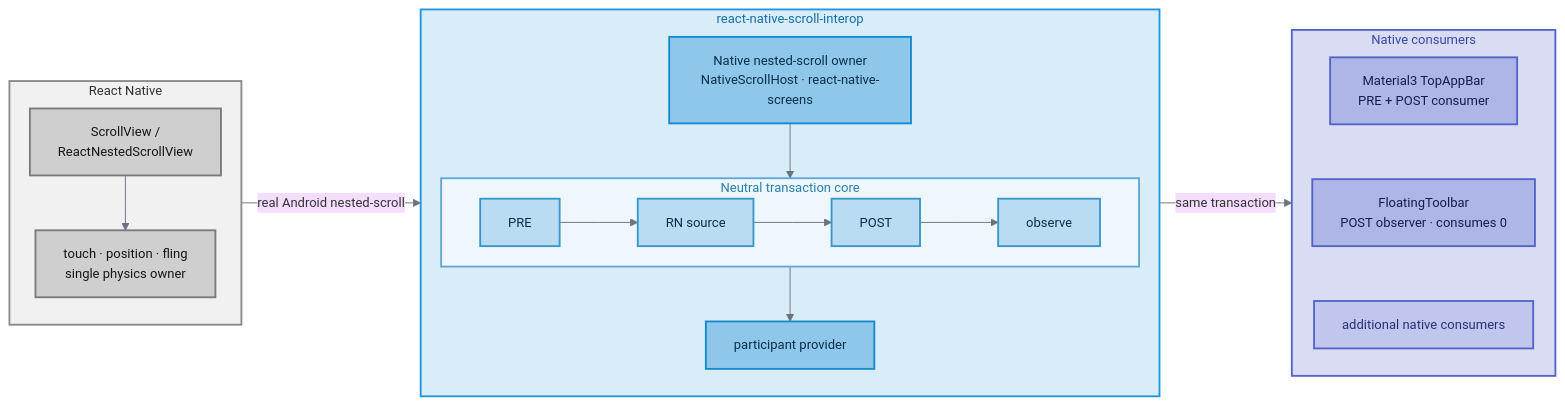
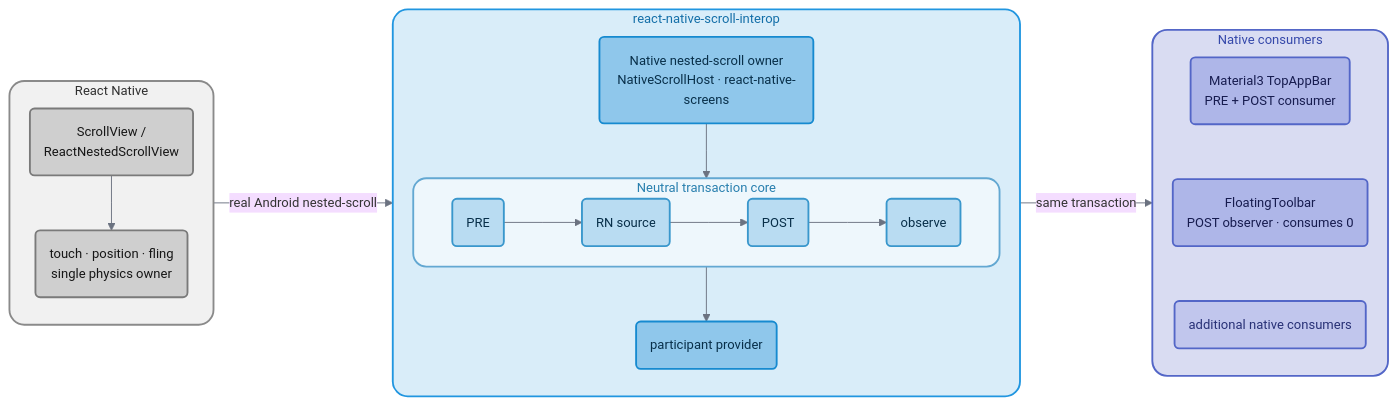
Before and after one commit to AmatoGiulio/react-native-scroll-interop: the diagram in README.md, drawn with Mermaid.

Commit message:
docs: round architecture diagram cards

````diff
--- a/README.md
+++ b/README.md
@@ -38,55 +38,55 @@
 ```mermaid
 %%{init: {"theme":"base","flowchart":{"curve":"linear","nodeSpacing":24,"rankSpacing":34},"themeVariables":{"fontSize":"14px","lineColor":"#6b7280"}}}%%
 flowchart LR
   subgraph RN["React Native"]
     direction TB
-    SOURCE["ScrollView /<br/>ReactNestedScrollView"]
-    PHYSICS["touch · position · fling<br/>single physics owner"]
+    SOURCE("ScrollView /<br/>ReactNestedScrollView")
+    PHYSICS("touch · position · fling<br/>single physics owner")
     SOURCE --> PHYSICS
   end
 
   subgraph INTEROP["react-native-scroll-interop"]
     direction TB
-    OWNER["Native nested-scroll owner<br/>NativeScrollHost · react-native-screens"]
+    OWNER("Native nested-scroll owner<br/>NativeScrollHost · react-native-screens")
 
     subgraph CORE["Neutral transaction core"]
       direction LR
-      PRE["PRE"] --> CHILD["RN source"] --> POST["POST"] --> OBS["observe"]
+      PRE("PRE") --> CHILD("RN source") --> POST("POST") --> OBS("observe")
     end
 
-    PROVIDER["participant provider"]
+    PROVIDER("participant provider")
     OWNER --> PRE
     OBS --> PROVIDER
   end
 
   subgraph CONSUMERS["Native consumers"]
     direction TB
-    TOP["Material3 TopAppBar<br/>PRE + POST consumer"]
-    TOOLBAR["FloatingToolbar<br/>POST observer · consumes 0"]
-    FUTURE["additional native consumers"]
+    TOP("Material3 TopAppBar<br/>PRE + POST consumer")
+    TOOLBAR("FloatingToolbar<br/>POST observer · consumes 0")
+    FUTURE("additional native consumers")
     TOP ~~~ TOOLBAR
     TOOLBAR ~~~ FUTURE
   end
 
   PHYSICS -->|"real Android nested-scroll"| OWNER
   PROVIDER -->|"same transaction"| TOP
 
-  style RN fill:#f1f1f1,stroke:#8a8a8a,stroke-width:2px,color:#2f2f2f
+  style RN fill:#f1f1f1,stroke:#8a8a8a,stroke-width:2px,color:#2f2f2f,rx:16px,ry:16px
   style SOURCE fill:#cfcfcf,stroke:#7a7a7a,stroke-width:2px,color:#161616
   style PHYSICS fill:#cfcfcf,stroke:#7a7a7a,stroke-width:2px,color:#161616
 
-  style INTEROP fill:#d9edf9,stroke:#2196e0,stroke-width:2px,color:#146fa8
+  style INTEROP fill:#d9edf9,stroke:#2196e0,stroke-width:2px,color:#146fa8,rx:16px,ry:16px
   style OWNER fill:#8fc7eb,stroke:#168ad0,stroke-width:2px,color:#082f49
   style PROVIDER fill:#8fc7eb,stroke:#168ad0,stroke-width:2px,color:#082f49
 
-  style CORE fill:#eef7fc,stroke:#63a8d2,stroke-width:2px,color:#287fae
+  style CORE fill:#eef7fc,stroke:#63a8d2,stroke-width:2px,color:#287fae,rx:14px,ry:14px
   style PRE fill:#b9dcf2,stroke:#3997cc,stroke-width:2px,color:#082f49
   style CHILD fill:#b9dcf2,stroke:#3997cc,stroke-width:2px,color:#082f49
   style POST fill:#b9dcf2,stroke:#3997cc,stroke-width:2px,color:#082f49
   style OBS fill:#b9dcf2,stroke:#3997cc,stroke-width:2px,color:#082f49
 
-  style CONSUMERS fill:#d9dcf2,stroke:#5366c7,stroke-width:2px,color:#3548aa
+  style CONSUMERS fill:#d9dcf2,stroke:#5366c7,stroke-width:2px,color:#3548aa,rx:16px,ry:16px
   style TOP fill:#aeb6e8,stroke:#5366c7,stroke-width:2px,color:#171c4f
   style TOOLBAR fill:#aeb6e8,stroke:#5366c7,stroke-width:2px,color:#171c4f
   style FUTURE fill:#c1c6ed,stroke:#5366c7,stroke-width:2px,color:#283176
 ```
````
